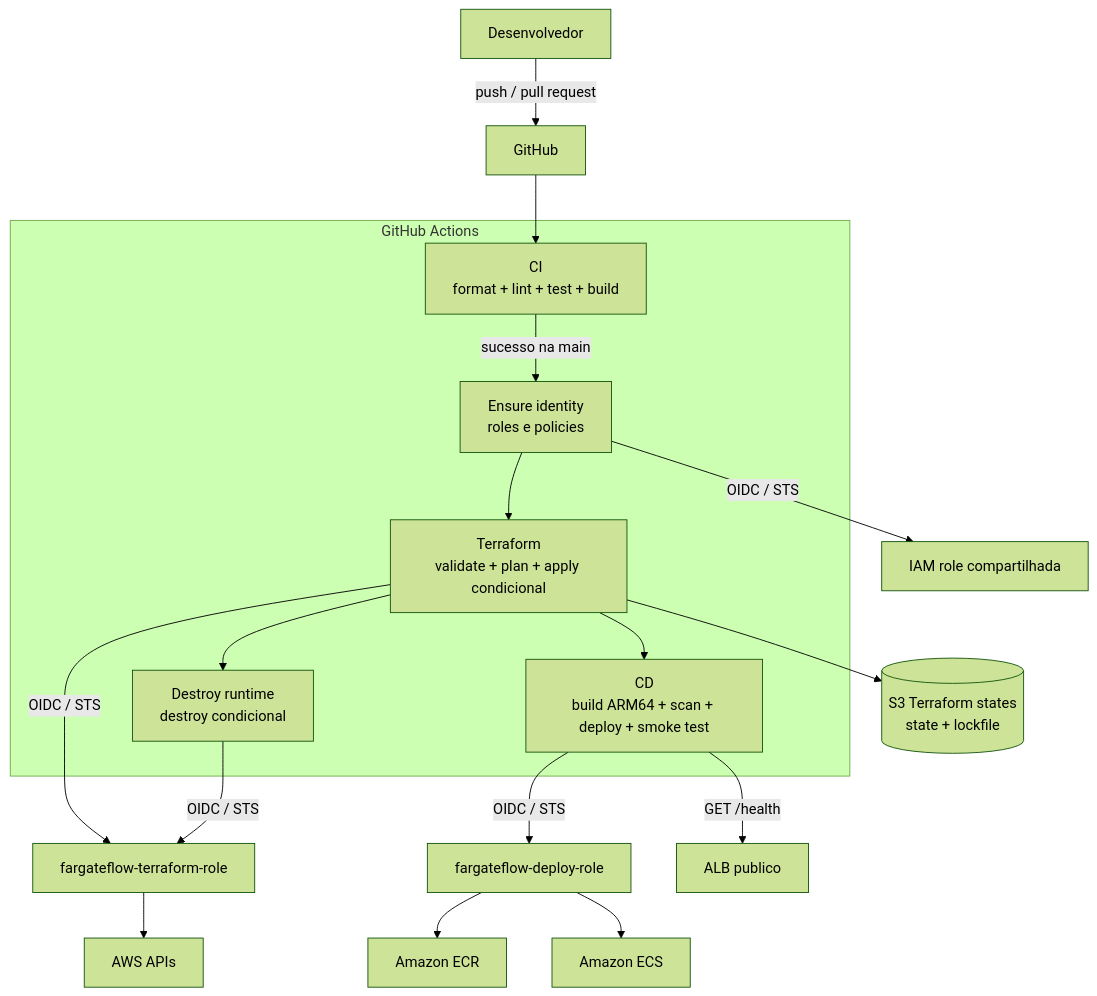
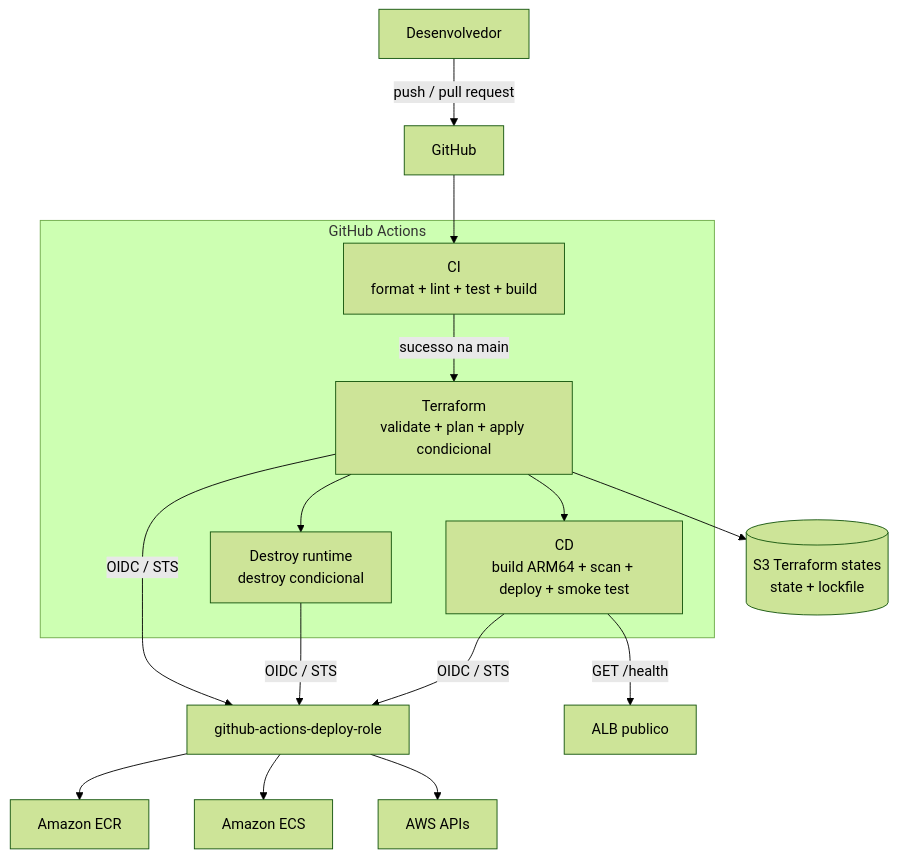
Before and after one commit to kaiotcp1/ECS: the second of 2 diagrams in docs/architecture.md, drawn with Mermaid (forest theme). The commit also changed 18 other files, not shown here.

Commit message:
refactor(iam): reuse shared github actions role

````diff
--- a/docs/architecture.md
+++ b/docs/architecture.md
@@ -58,27 +58,25 @@
 ```mermaid
 flowchart TB
   developer[Desenvolvedor] -->|push / pull request| github[GitHub]
 
   subgraph actions[GitHub Actions]
     ci[CI<br/>format + lint + test + build]
-    identity[Ensure identity<br/>roles e policies]
     tf[Terraform<br/>validate + plan + apply condicional]
     destroy[Destroy runtime<br/>destroy condicional]
     cd[CD<br/>build ARM64 + scan + deploy + smoke test]
   end
 
   github --> ci
-  ci -->|sucesso na main| identity --> tf
+  ci -->|sucesso na main| tf
   tf --> destroy
   tf --> cd
 
-  identity -->|OIDC / STS| bootstrap[IAM role compartilhada]
-  tf -->|OIDC / STS| terraformRole[fargateflow-terraform-role]
-  destroy -->|OIDC / STS| terraformRole
-  cd -->|OIDC / STS| deployRole[fargateflow-deploy-role]
+  tf -->|OIDC / STS| sharedRole[github-actions-deploy-role]
+  destroy -->|OIDC / STS| sharedRole
+  cd -->|OIDC / STS| sharedRole
   tf --> state[(S3 Terraform states<br/>state + lockfile)]
-  deployRole --> ecr[Amazon ECR]
-  deployRole --> ecs[Amazon ECS]
-  terraformRole --> aws[AWS APIs]
+  sharedRole --> ecr[Amazon ECR]
+  sharedRole --> ecs[Amazon ECS]
+  sharedRole --> aws[AWS APIs]
   cd -->|GET /health| alb[ALB publico]
 ```
````
